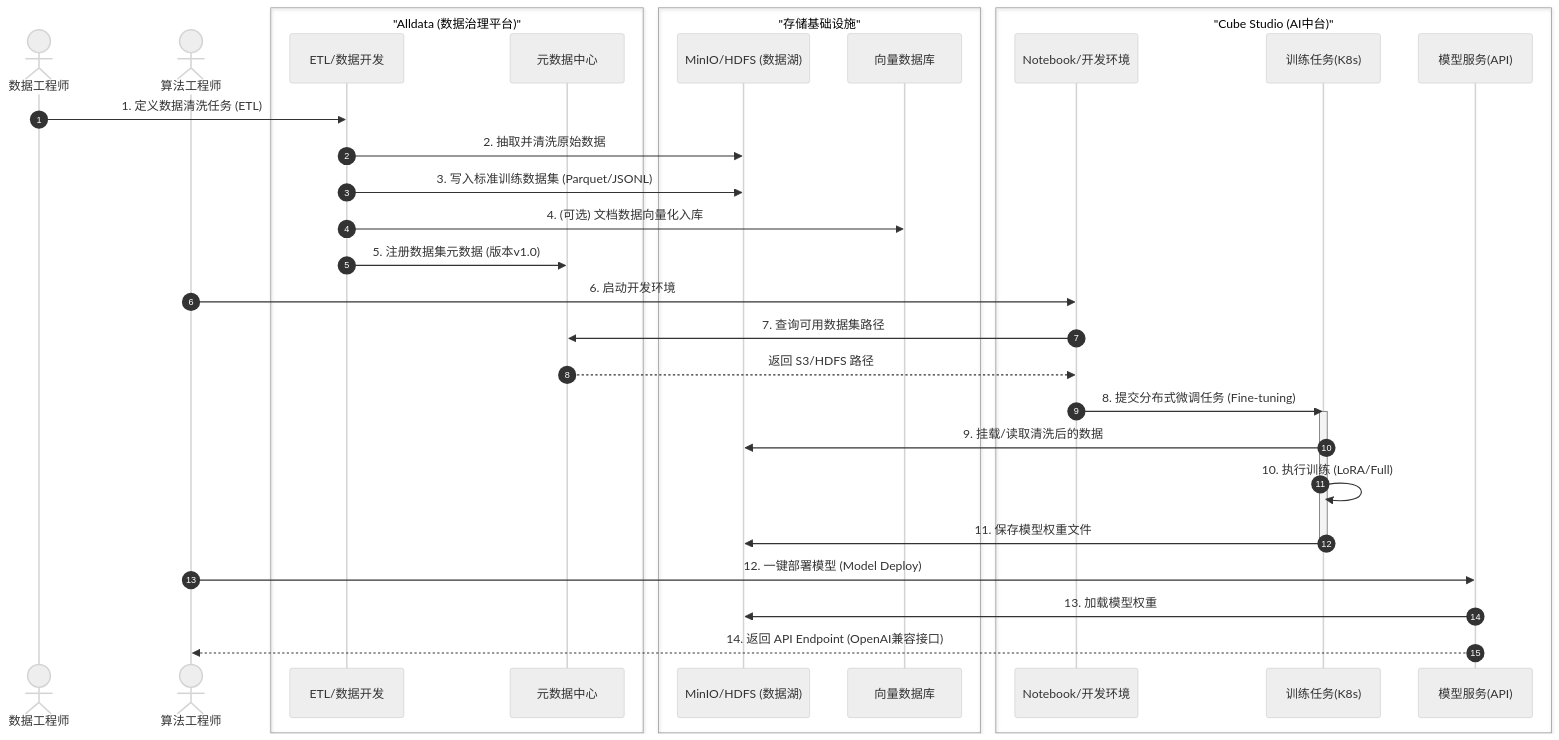
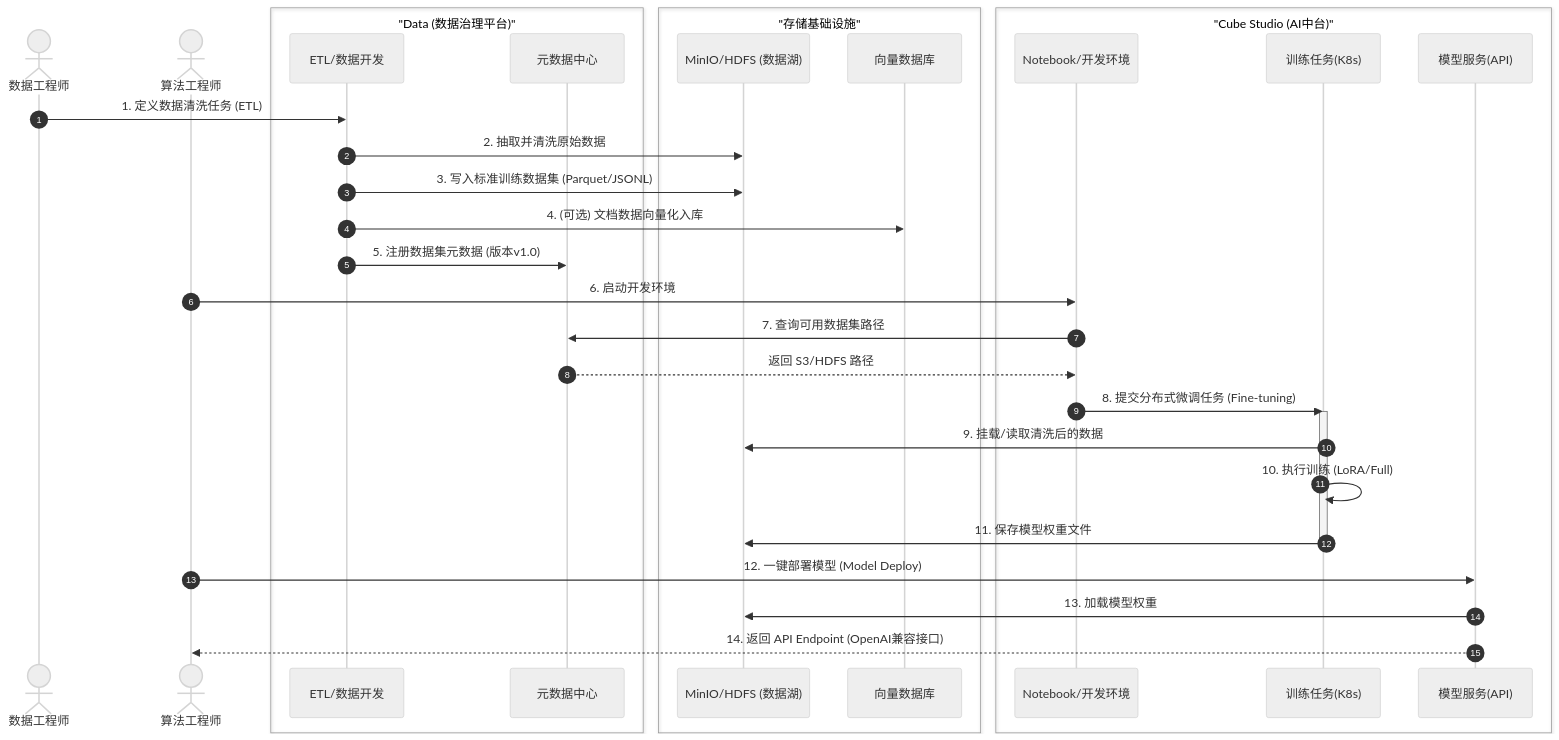
Before and after one commit to iannil/one-data-studio: the first of 4 diagrams in docs/02-integration/sequence-diagrams.md, drawn with Mermaid (neutral theme). The commit also changed other lines of this file and 228 other files, not shown here.

````diff
--- a/docs/02-integration/sequence-diagrams.md
+++ b/docs/02-integration/sequence-diagrams.md
@@ -13,46 +13,46 @@
 ```mermaid
 sequenceDiagram
     autonumber
     actor DataEng as 数据工程师
     actor AlgoEng as 算法工程师
 
-    box "Alldata (数据治理平台)" #e1f5fe
+    box "Data (数据治理平台)" #e1f5fe
         participant AD_ETL as ETL/数据开发
         participant AD_Meta as 元数据中心
     end
 
     box "存储基础设施" #eeeeee
         participant Storage as MinIO/HDFS (数据湖)
         participant VectorDB as 向量数据库
     end
 
     box "Cube Studio (AI中台)" #e8f5e9
         participant Cube_NB as Notebook/开发环境
         participant Cube_Job as 训练任务(K8s)
         participant Cube_Serving as 模型服务(API)
     end
 
     %% --- 阶段1：数据准备 ---
     DataEng->>AD_ETL: 1. 定义数据清洗任务 (ETL)
     AD_ETL->>Storage: 2. 抽取并清洗原始数据
     AD_ETL->>Storage: 3. 写入标准训练数据集 (Parquet/JSONL)
     AD_ETL->>VectorDB: 4. (可选) 文档数据向量化入库
     AD_ETL->>AD_Meta: 5. 注册数据集元数据 (版本v1.0)
 
     %% --- 阶段2：模型开发与微调 ---
     AlgoEng->>Cube_NB: 6. 启动开发环境
     Cube_NB->>AD_Meta: 7. 查询可用数据集路径
     AD_Meta-->>Cube_NB: 返回 S3/HDFS 路径
 
     Cube_NB->>Cube_Job: 8. 提交分布式微调任务 (Fine-tuning)
     activate Cube_Job
     Cube_Job->>Storage: 9. 挂载/读取清洗后的数据
     Cube_Job->>Cube_Job: 10. 执行训练 (LoRA/Full)
     Cube_Job->>Storage: 11. 保存模型权重文件
     deactivate Cube_Job
 
     %% --- 阶段3：模型服务化 ---
     AlgoEng->>Cube_Serving: 12. 一键部署模型 (Model Deploy)
     Cube_Serving->>Storage: 13. 加载模型权重
     Cube_Serving-->>AlgoEng: 14. 返回 API Endpoint (OpenAI兼容接口)
 ```
````
